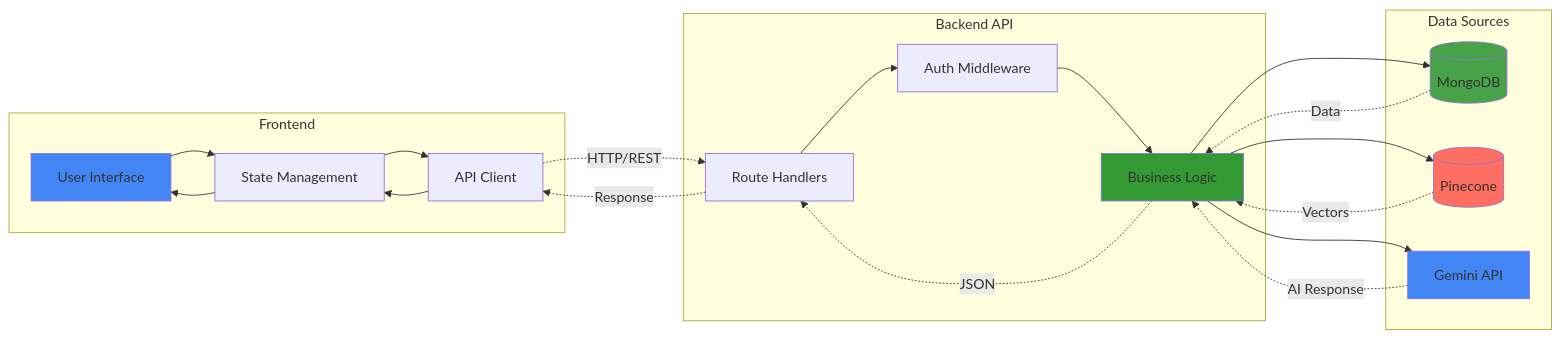
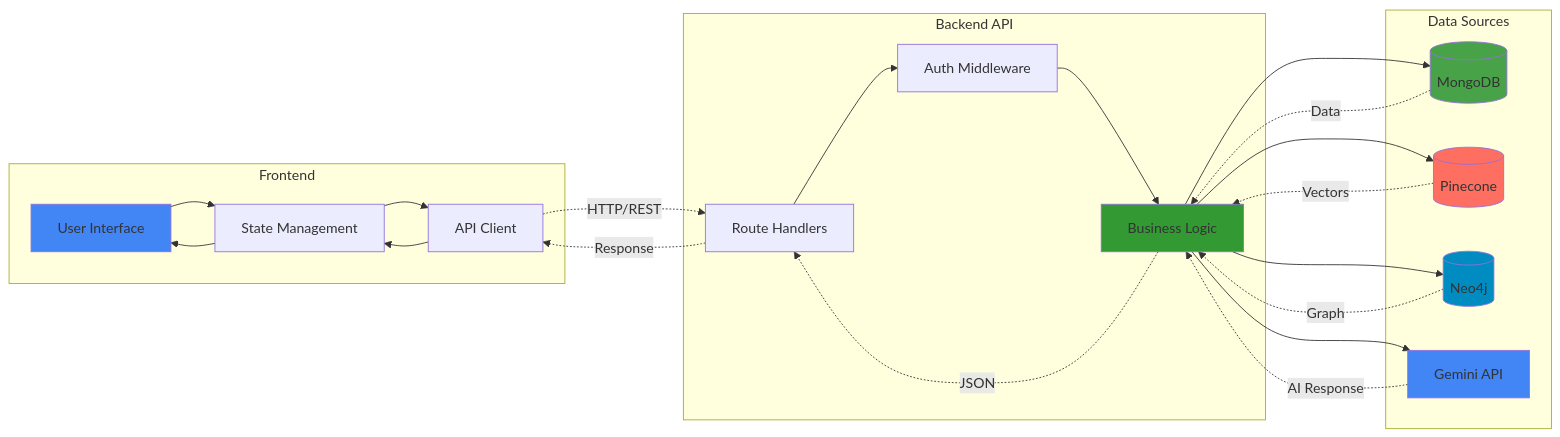
Before and after one commit to hoangsonww/AI-RAG-Assistant-Chatbot: the third of 7 diagrams in README.md, drawn with Mermaid. The commit also changed other lines of this file and 32 other files, not shown here.

First line of the commit message:
feat(rag): add hybrid Pinecone+Neo4j retrieval, graph ingestion, and CLI graph management

````diff
--- a/README.md
+++ b/README.md
@@ -249,45 +269,49 @@
 ```mermaid
 flowchart LR
     subgraph "Frontend"
         UI[User Interface]
         State[State Management]
         API_Client[API Client]
     end
 
     subgraph "Backend API"
         Routes[Route Handlers]
         Middleware[Auth Middleware]
         Services[Business Logic]
     end
 
     subgraph "Data Sources"
         MongoDB[(MongoDB)]
         Pinecone[(Pinecone)]
+        Neo4j[(Neo4j)]
         Gemini[Gemini API]
     end
 
     UI --> State
     State --> API_Client
     API_Client -.HTTP/REST.-> Routes
     Routes --> Middleware
     Middleware --> Services
 
     Services --> MongoDB
     Services --> Pinecone
+    Services --> Neo4j
     Services --> Gemini
 
     MongoDB -.Data.-> Services
     Pinecone -.Vectors.-> Services
+    Neo4j -.Graph.-> Services
     Gemini -.AI Response.-> Services
 
     Services -.JSON.-> Routes
     Routes -.Response.-> API_Client
     API_Client --> State
     State --> UI
 
     style UI fill:#4285F4
     style Services fill:#339933
     style MongoDB fill:#47A248
     style Pinecone fill:#FF6F61
+    style Neo4j fill:#008CC1
     style Gemini fill:#4285F4
 ```
````
